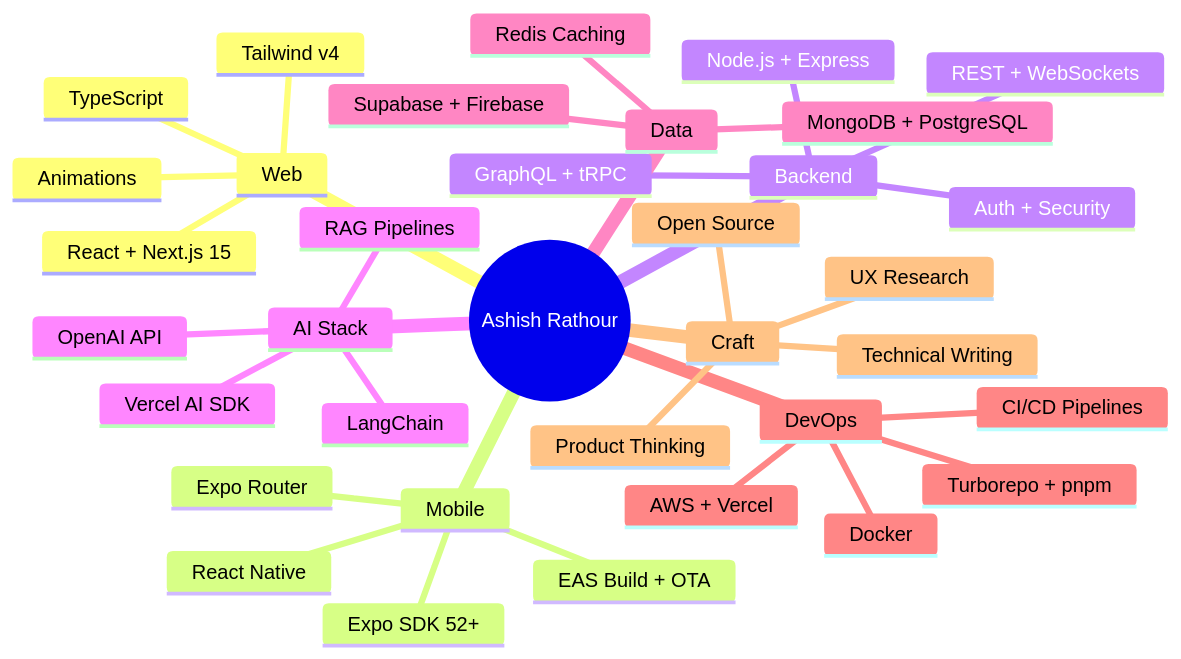
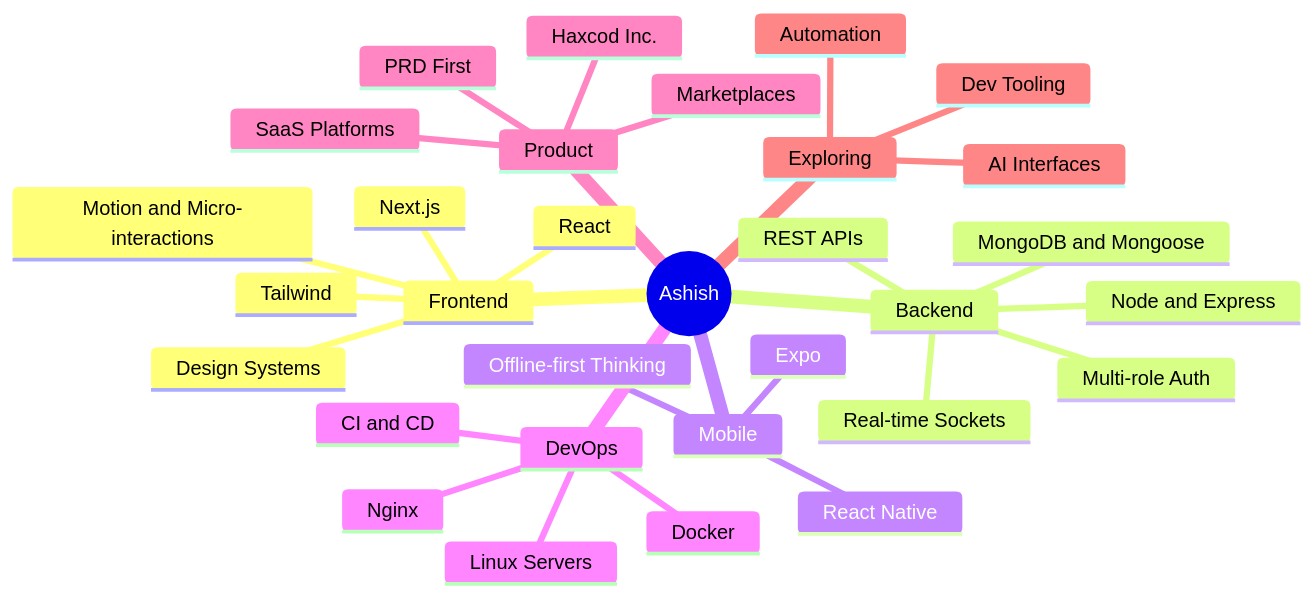
One commit to haxcod/haxcod changed the first of 5 diagrams in README.md. Above: the diagram before and after it, drawn with Mermaid. The commit also changed other lines of this file, not shown here.

````diff
--- a/README.md
+++ b/README.md
@@ -182,38 +61,34 @@
 ```mermaid
 mindmap
-  root((Ashish Rathour))
-    Web
-      React + Next.js 15
-      TypeScript
-      Tailwind v4
-      Animations
+  root((Ashish))
+    Frontend
+      React
+      Next.js
+      Tailwind
+      Design Systems
+      Motion and Micro-interactions
+    Backend
+      Node and Express
+      MongoDB and Mongoose
+      REST APIs
+      Real-time Sockets
+      Multi-role Auth
     Mobile
       React Native
-      Expo SDK 52+
-      Expo Router
-      EAS Build + OTA
-    Backend
-      Node.js + Express
-      GraphQL + tRPC
-      REST + WebSockets
-      Auth + Security
-    AI Stack
-      OpenAI API
-      LangChain
-      Vercel AI SDK
-      RAG Pipelines
-    Data
-      MongoDB + PostgreSQL
-      Redis Caching
-      Supabase + Firebase
+      Expo
+      Offline-first Thinking
     DevOps
       Docker
-      AWS + Vercel
-      Turborepo + pnpm
-      CI/CD Pipelines
-    Craft
-      Product Thinking
-      UX Research
-      Technical Writing
-      Open Source
+      Nginx
+      CI and CD
+      Linux Servers
+    Product
+      PRD First
+      Marketplaces
+      SaaS Platforms
+      Haxcod Inc.
+    Exploring
+      AI Interfaces
+      Automation
+      Dev Tooling
 ```
````
